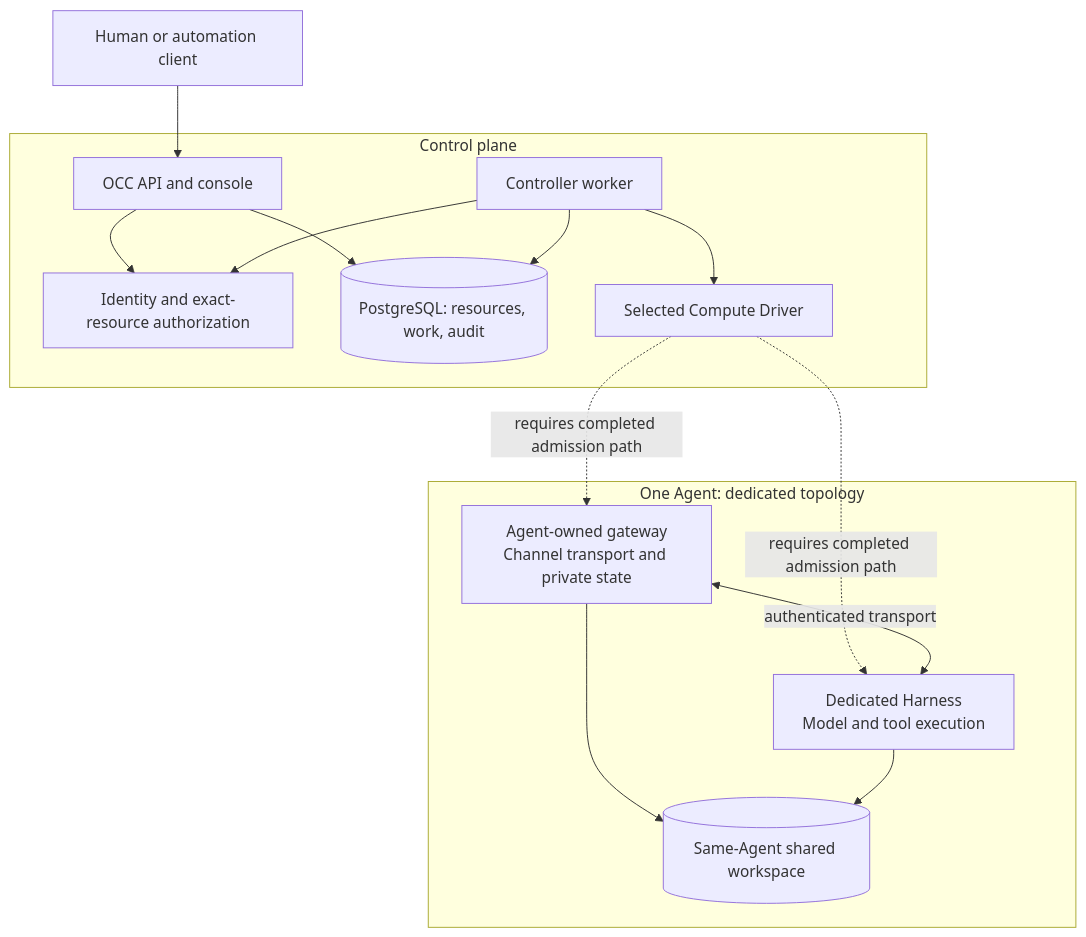
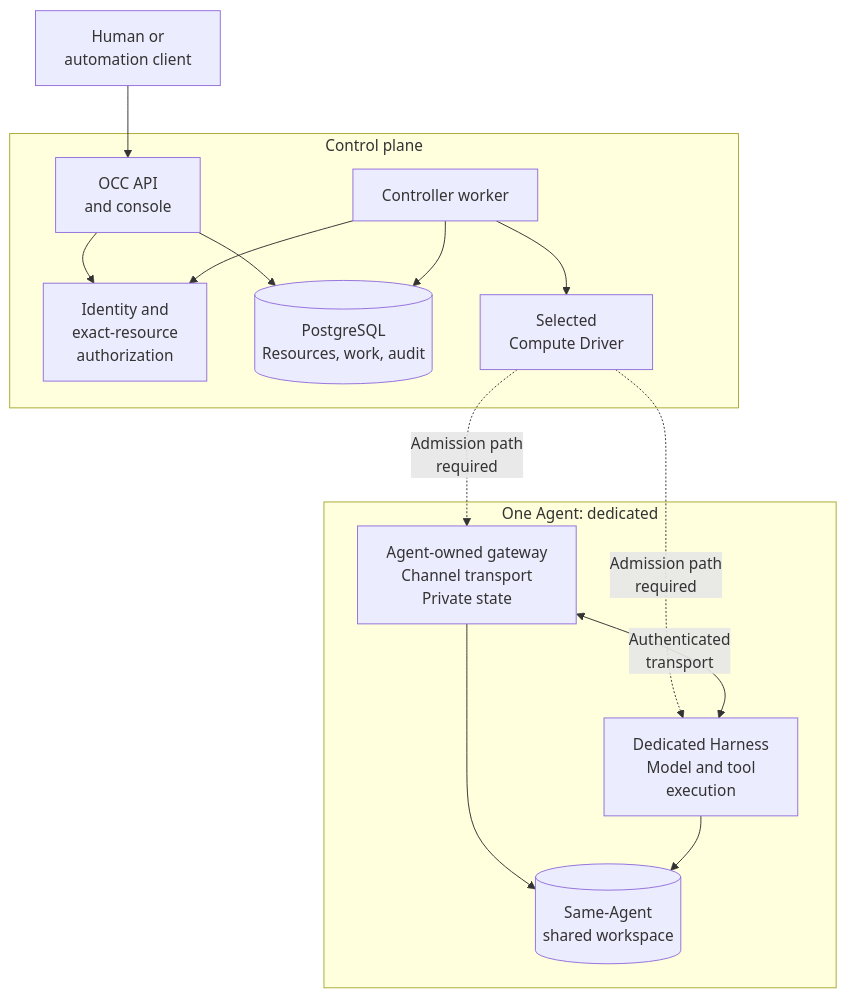
Before and after one commit to SebTardif/openclaw-enterprise: the first of 2 diagrams in docs/integration-dev-overview.md, drawn with Mermaid. The commit also changed other lines of this file, not shown here.

Commit message:
docs: prevent overview diagram label clipping

````diff
--- a/docs/integration-dev-overview.md
+++ b/docs/integration-dev-overview.md
@@ -28,20 +28,20 @@
 ```mermaid
 flowchart TB
-    User["Human or automation client"] --> API["OCC API and console"]
+    User["Human or<br/>automation client"] --> API["OCC API<br/>and console"]
     subgraph Control["Control plane"]
-        API --> IAM["Identity and exact-resource authorization"]
-        API --> State[("PostgreSQL: resources, work, audit")]
+        API --> IAM["Identity and<br/>exact-resource<br/>authorization"]
+        API --> State[("PostgreSQL<br/>Resources, work, audit")]
         Worker["Controller worker"] --> State
         Worker --> IAM
-        Worker --> Compute["Selected Compute Driver"]
+        Worker --> Compute["Selected<br/>Compute Driver"]
     end
-    Compute -.->|"requires completed admission path"| Gateway
-    Compute -.->|"requires completed admission path"| Harness
-    subgraph Agent["One Agent: dedicated topology"]
-        Gateway["Agent-owned gateway<br/>Channel transport and private state"]
-        Harness["Dedicated Harness<br/>Model and tool execution"]
-        Gateway <-->|"authenticated transport"| Harness
-        Gateway --> Workspace[("Same-Agent shared workspace")]
+    Compute -.->|"Admission path<br/>required"| Gateway
+    Compute -.->|"Admission path<br/>required"| Harness
+    subgraph Agent["One Agent: dedicated"]
+        Gateway["Agent-owned gateway<br/>Channel transport<br/>Private state"]
+        Harness["Dedicated Harness<br/>Model and tool<br/>execution"]
+        Gateway <-->|"Authenticated<br/>transport"| Harness
+        Gateway --> Workspace[("Same-Agent<br/>shared workspace")]
         Harness --> Workspace
     end
 ```
````
